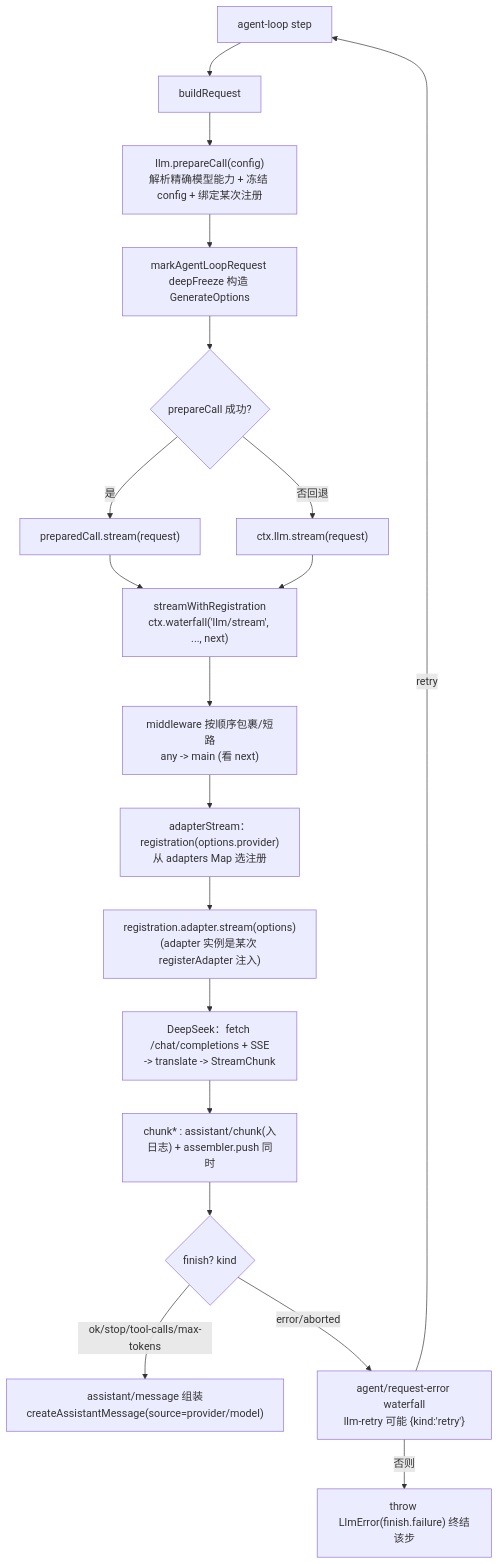
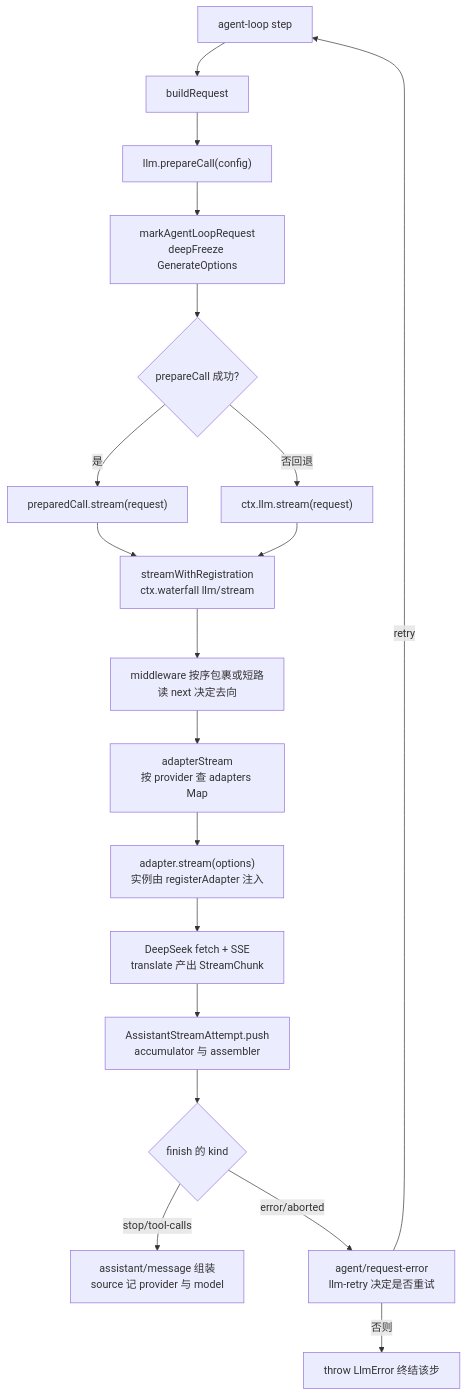
The first of 2 diagrams in ai-agent/deepseek-harness/llm.md (morehao/oss-insights), drawn with Mermaid before and after one commit. The commit also changed other lines of this file and 27 other files, not shown here.

````diff
--- a/ai-agent/deepseek-harness/llm.md
+++ b/ai-agent/deepseek-harness/llm.md
@@ -177,21 +214,21 @@
 ```mermaid
 flowchart TD
-    A[agent-loop step] --> B[buildRequest]
-    B --> C["llm.prepareCall(config)<br>解析精确模型能力 + 冻结 config + 绑定某次注册"]
-    C --> D[markAgentLoopRequest deepFreeze 构造 GenerateOptions]
+    A["agent-loop step"] --> B["buildRequest"]
+    B --> C["llm.prepareCall(config)"]
+    C --> D["markAgentLoopRequest<br>deepFreeze GenerateOptions"]
     D --> E{"prepareCall 成功?"}
     E -- 是 --> F["preparedCall.stream(request)"]
     E -- 否回退 --> G["ctx.llm.stream(request)"]
-    F --> M
-    G --> M["streamWithRegistration<br>ctx.waterfall('llm/stream', ..., next)"]
-    M --> H["middleware 按顺序包裹/短路<br>any -> main (看 next)"]
-    H --> I["adapterStream：registration(options.provider)<br>从 adapters Map 选注册"]
-    I --> J["registration.adapter.stream(options)<br>(adapter 实例是某次 registerAdapter 注入)"]
-    J --> K["DeepSeek：fetch /chat/completions + SSE<br>-> translate -> StreamChunk"]
-    K --> L["chunk* : assistant/chunk(入日志) + assembler.push 同时"]
-    L --> N{"finish? kind"}
-    N -- ok/stop/tool-calls/max-tokens --> O["assistant/message 组装<br>createAssistantMessage(source=provider/model)"]
-    N -- error/aborted --> P["agent/request-error waterfall<br>llm-retry 可能 {kind:'retry'}"]
+    F --> M["streamWithRegistration<br>ctx.waterfall llm/stream"]
+    G --> M
+    M --> H["middleware 按序包裹或短路<br>读 next 决定去向"]
+    H --> I["adapterStream<br>按 provider 查 adapters Map"]
+    I --> J["adapter.stream(options)<br>实例由 registerAdapter 注入"]
+    J --> K["DeepSeek fetch + SSE<br>translate 产出 StreamChunk"]
+    K --> L["AssistantStreamAttempt.push<br>accumulator 与 assembler"]
+    L --> N{"finish 的 kind"}
+    N -- stop/tool-calls --> O["assistant/message 组装<br>source 记 provider 与 model"]
+    N -- error/aborted --> P["agent/request-error<br>llm-retry 决定是否重试"]
     P -- retry --> A
-    P -- 否则 --> Q["throw LlmError(finish.failure) 终结该步"]
+    P -- 否则 --> Q["throw LlmError 终结该步"]
 ```
````
